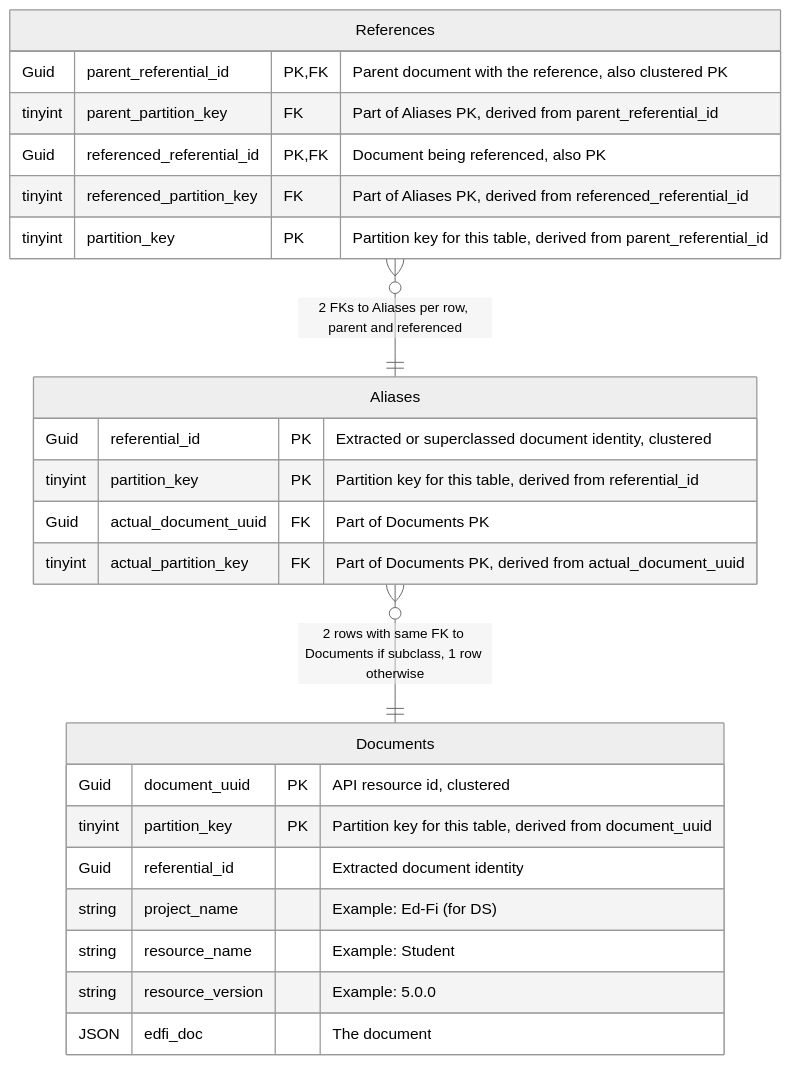
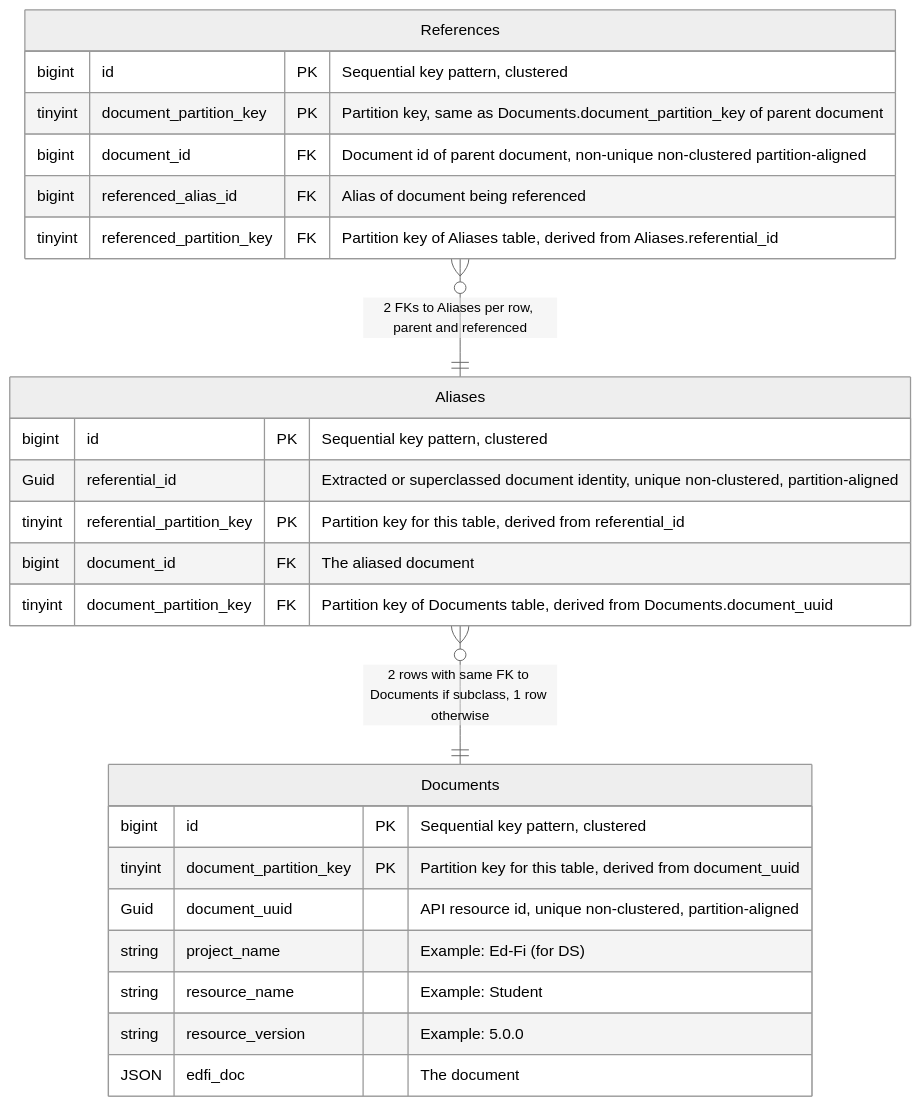
Before and after one commit to Ed-Fi-Alliance-OSS/Project-Tanager: the first of 3 diagrams in docs/DMS/PRIMARY-DATA-STORAGE.md, drawn with Mermaid (neutral theme). The commit also changed other lines of this file and 1 other file, not shown here.

First line of the commit message:
[DMS-18] Consolidate data storage document and update query design, index needs and access patterns (#11)

````diff
--- a/docs/DMS/PRIMARY-DATA-STORAGE.md
+++ b/docs/DMS/PRIMARY-DATA-STORAGE.md
@@ -50,27 +50,28 @@
 ```mermaid
 erDiagram
     References }o--|| Aliases : "2 FKs to Aliases per row, parent and referenced"
     References {
-        Guid parent_referential_id PK, FK "Parent document with the reference, also clustered PK"
-        tinyint parent_partition_key FK "Part of Aliases PK, derived from parent_referential_id"
-        Guid referenced_referential_id PK, FK "Document being referenced, also PK"
-        tinyint referenced_partition_key FK "Part of Aliases PK, derived from referenced_referential_id"
-        tinyint partition_key PK "Partition key for this table, derived from parent_referential_id"
+        bigint id PK "Sequential key pattern, clustered"
+        tinyint document_partition_key PK "Partition key, same as Documents.document_partition_key of parent document"
+        bigint document_id FK "Document id of parent document, non-unique non-clustered partition-aligned"
+        bigint referenced_alias_id FK "Alias of document being referenced"
+        tinyint referenced_partition_key FK "Partition key of Aliases table, derived from Aliases.referential_id"
     }
     Aliases }o--|| Documents : "2 rows with same FK to Documents if subclass, 1 row otherwise"
     Aliases {
-        Guid referential_id PK "Extracted or superclassed document identity, clustered"
-        tinyint partition_key PK "Partition key for this table, derived from referential_id"
-        Guid actual_document_uuid FK "Part of Documents PK"
-        tinyint actual_partition_key FK "Part of Documents PK, derived from actual_document_uuid"
+        bigint id PK "Sequential key pattern, clustered"
+        Guid referential_id "Extracted or superclassed document identity, unique non-clustered, partition-aligned"
+        tinyint referential_partition_key PK "Partition key for this table, derived from referential_id"
+        bigint document_id FK "The aliased document"
+        tinyint document_partition_key FK "Partition key of Documents table, derived from Documents.document_uuid"
     }
     Documents {
-        Guid document_uuid PK "API resource id, clustered"
-        tinyint partition_key PK "Partition key for this table, derived from document_uuid"
-        Guid referential_id "Extracted document identity"
+        bigint id PK "Sequential key pattern, clustered"
+        tinyint document_partition_key PK "Partition key for this table, derived from document_uuid"
+        Guid document_uuid "API resource id, unique non-clustered, partition-aligned"
         string project_name "Example: Ed-Fi (for DS)"
         string resource_name "Example: Student"
         string resource_version "Example: 5.0.0"
         JSON edfi_doc "The document"
     }
 ```
````
